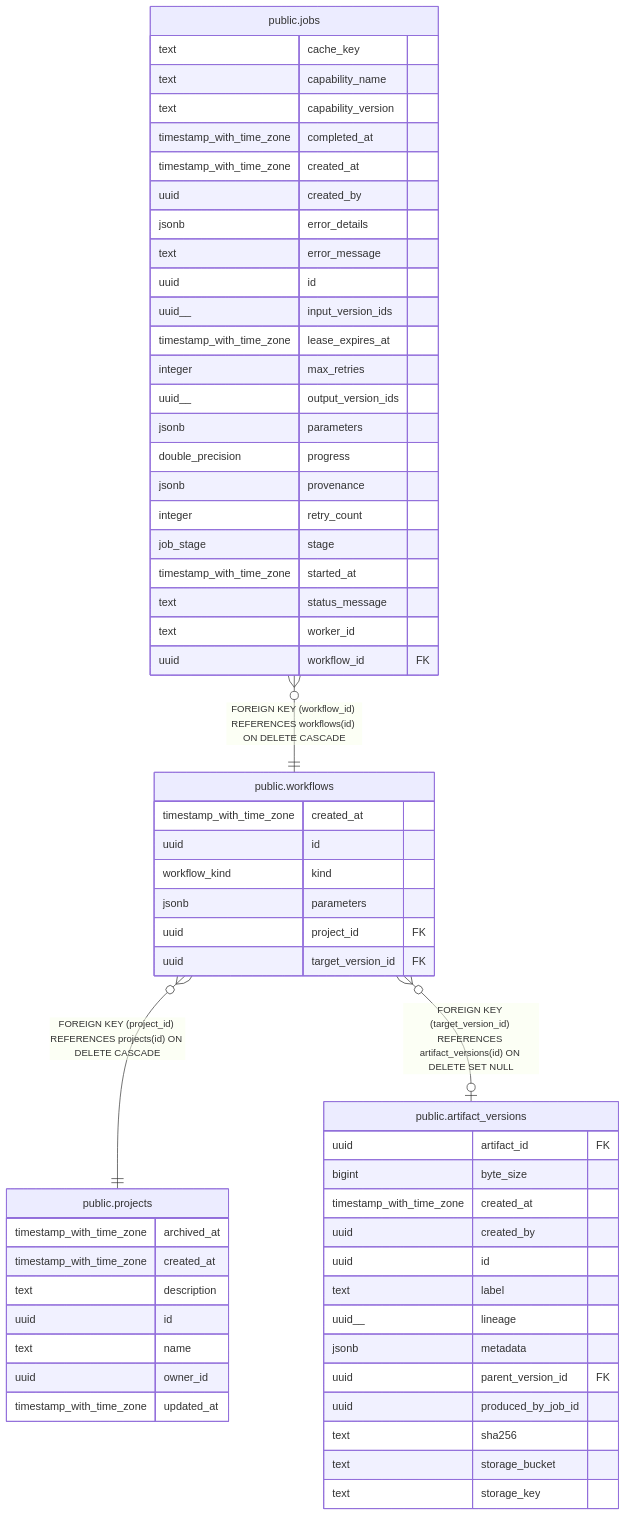
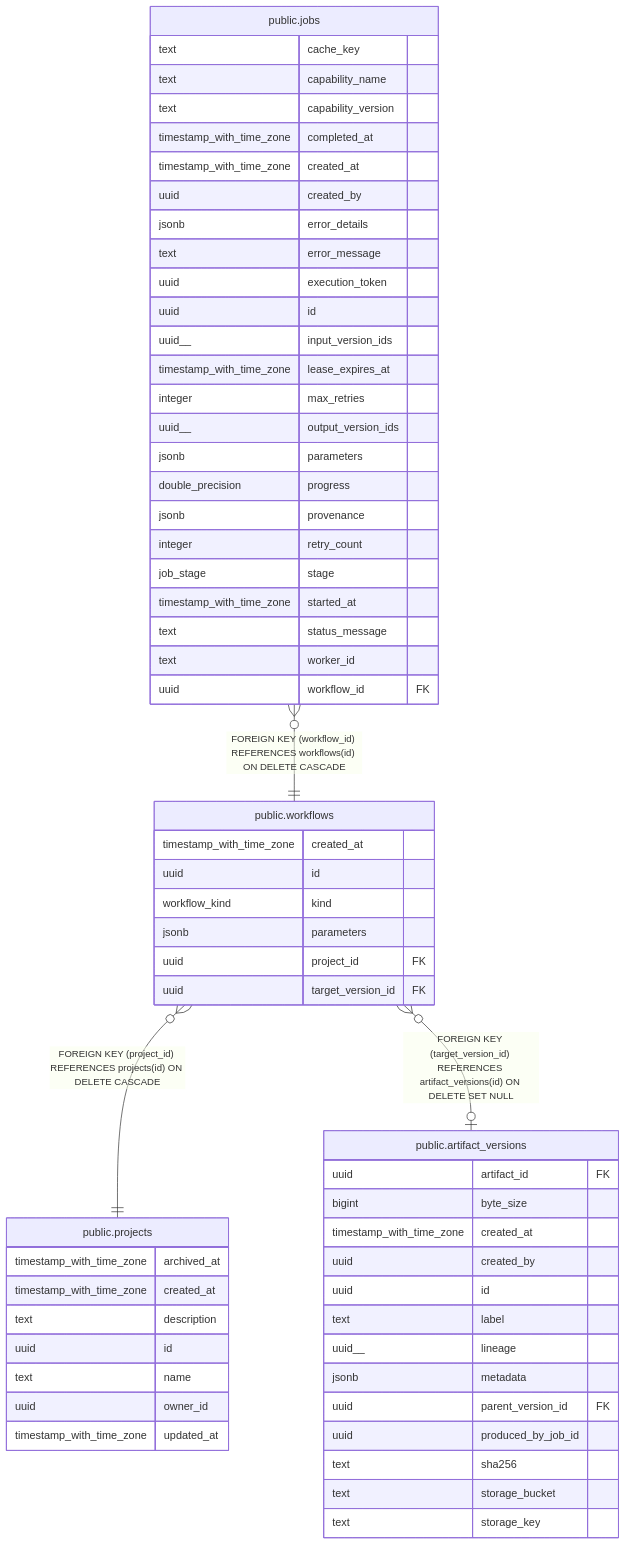
One commit to ListenCloser/listencloser changed the diagram in docs/generated/database/public.workflows.md. Above: the diagram before and after it, drawn with Mermaid.

Commit message:
docs(db): include job execution token relation

````diff
--- a/docs/generated/database/public.workflows.md
+++ b/docs/generated/database/public.workflows.md
@@ -31,64 +31,65 @@
 ```mermaid
 erDiagram
 
 "public.jobs" }o--|| "public.workflows" : "FOREIGN KEY (workflow_id) REFERENCES workflows(id) ON DELETE CASCADE"
 "public.workflows" }o--|| "public.projects" : "FOREIGN KEY (project_id) REFERENCES projects(id) ON DELETE CASCADE"
 "public.workflows" }o--o| "public.artifact_versions" : "FOREIGN KEY (target_version_id) REFERENCES artifact_versions(id) ON DELETE SET NULL"
 
 "public.workflows" {
   timestamp_with_time_zone created_at
   uuid id
   workflow_kind kind
   jsonb parameters
   uuid project_id FK
   uuid target_version_id FK
 }
 "public.jobs" {
   text cache_key
   text capability_name
   text capability_version
   timestamp_with_time_zone completed_at
   timestamp_with_time_zone created_at
   uuid created_by
   jsonb error_details
   text error_message
+  uuid execution_token
   uuid id
   uuid__ input_version_ids
   timestamp_with_time_zone lease_expires_at
   integer max_retries
   uuid__ output_version_ids
   jsonb parameters
   double_precision progress
   jsonb provenance
   integer retry_count
   job_stage stage
   timestamp_with_time_zone started_at
   text status_message
   text worker_id
   uuid workflow_id FK
 }
 "public.projects" {
   timestamp_with_time_zone archived_at
   timestamp_with_time_zone created_at
   text description
   uuid id
   text name
   uuid owner_id
   timestamp_with_time_zone updated_at
 }
 "public.artifact_versions" {
   uuid artifact_id FK
   bigint byte_size
   timestamp_with_time_zone created_at
   uuid created_by
   uuid id
   text label
   uuid__ lineage
   jsonb metadata
   uuid parent_version_id FK
   uuid produced_by_job_id
   text sha256
   text storage_bucket
   text storage_key
 }
 ```
````
